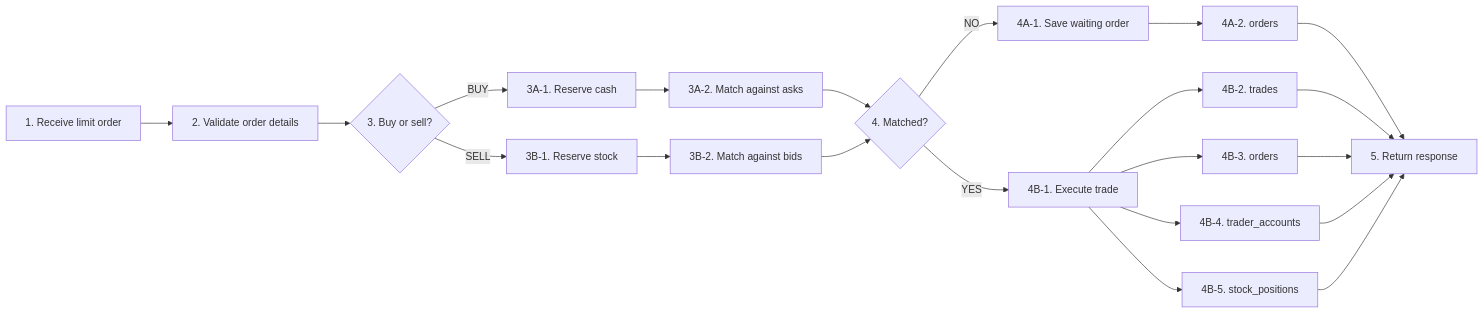
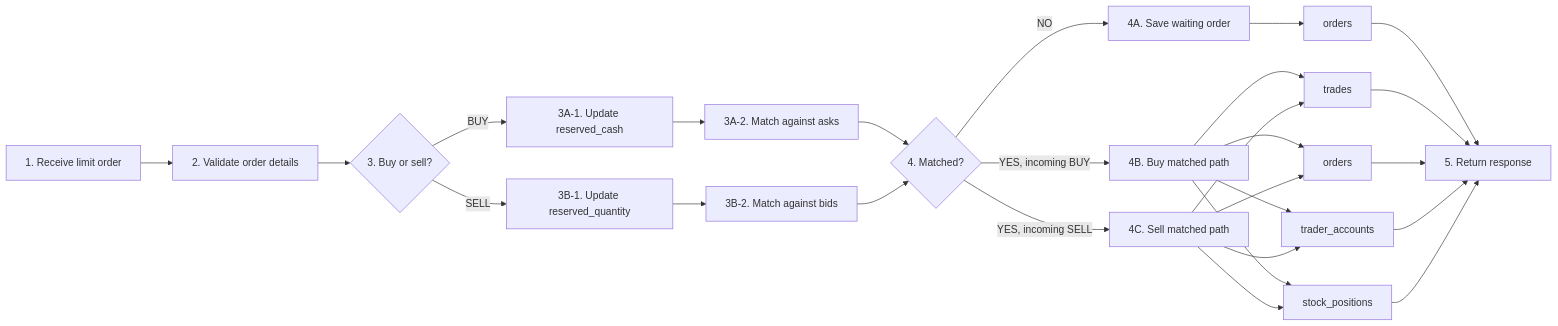
Before and after one commit to skatemonkey/exchange-lab: the diagram in doc/03-order-flow.md, drawn with Mermaid. The commit also changed other lines of this file and 1 other file, not shown here.

Commit message:
docs: clarify order flow paths

````diff
--- a/doc/03-order-flow.md
+++ b/doc/03-order-flow.md
@@ -15,25 +15,30 @@
 ```mermaid
 flowchart LR
     A["1. Receive limit order"] --> B["2. Validate order details"]
     B --> C{"3. Buy or sell?"}
-    C -->|BUY| D["3A-1. Reserve cash"]
-    C -->|SELL| E["3B-1. Reserve stock"]
+    C -->|BUY| D["3A-1. Update reserved_cash"]
+    C -->|SELL| E["3B-1. Update reserved_quantity"]
     D --> F["3A-2. Match against asks"]
     E --> G["3B-2. Match against bids"]
     F --> H{"4. Matched?"}
     G --> H
 
-    H -->|NO| I["4A-1. Save waiting order"]
-    I --> I1["4A-2. orders"]
+    H -->|NO| I["4A. Save waiting order"]
+    I --> I1["orders"]
     I1 --> K["5. Return response"]
 
-    H -->|YES| J["4B-1. Execute trade"]
-    J --> J1["4B-2. trades"]
-    J --> J2["4B-3. orders"]
-    J --> J3["4B-4. trader_accounts"]
-    J --> J4["4B-5. stock_positions"]
-    J1 --> K
-    J2 --> K
-    J3 --> K
-    J4 --> K
+    H -->|YES, incoming BUY| J["4B. Buy matched path"]
+    H -->|YES, incoming SELL| L["4C. Sell matched path"]
+    J --> M["trades"]
+    J --> N["orders"]
+    J --> O["trader_accounts"]
+    J --> P["stock_positions"]
+    L --> M
+    L --> N
+    L --> O
+    L --> P
+    M --> K
+    N --> K
+    O --> K
+    P --> K
 ```
````
